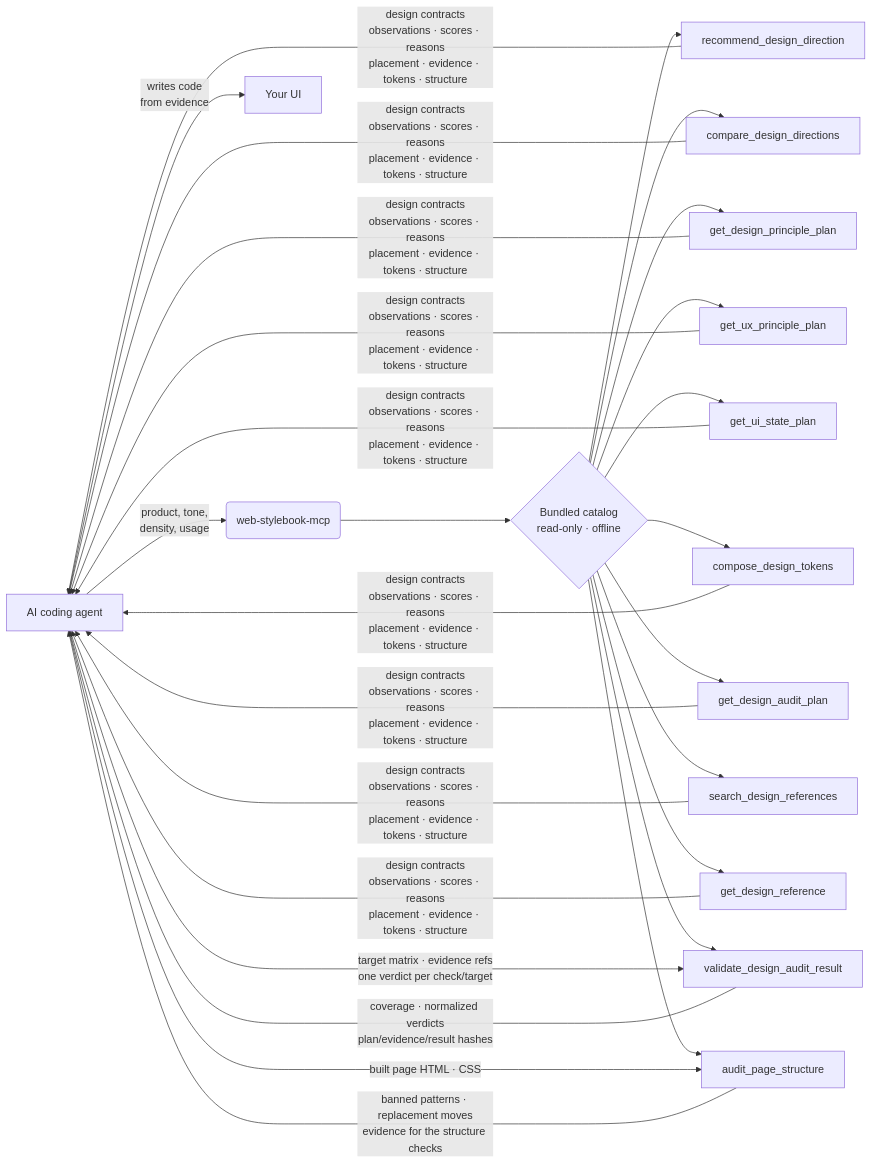
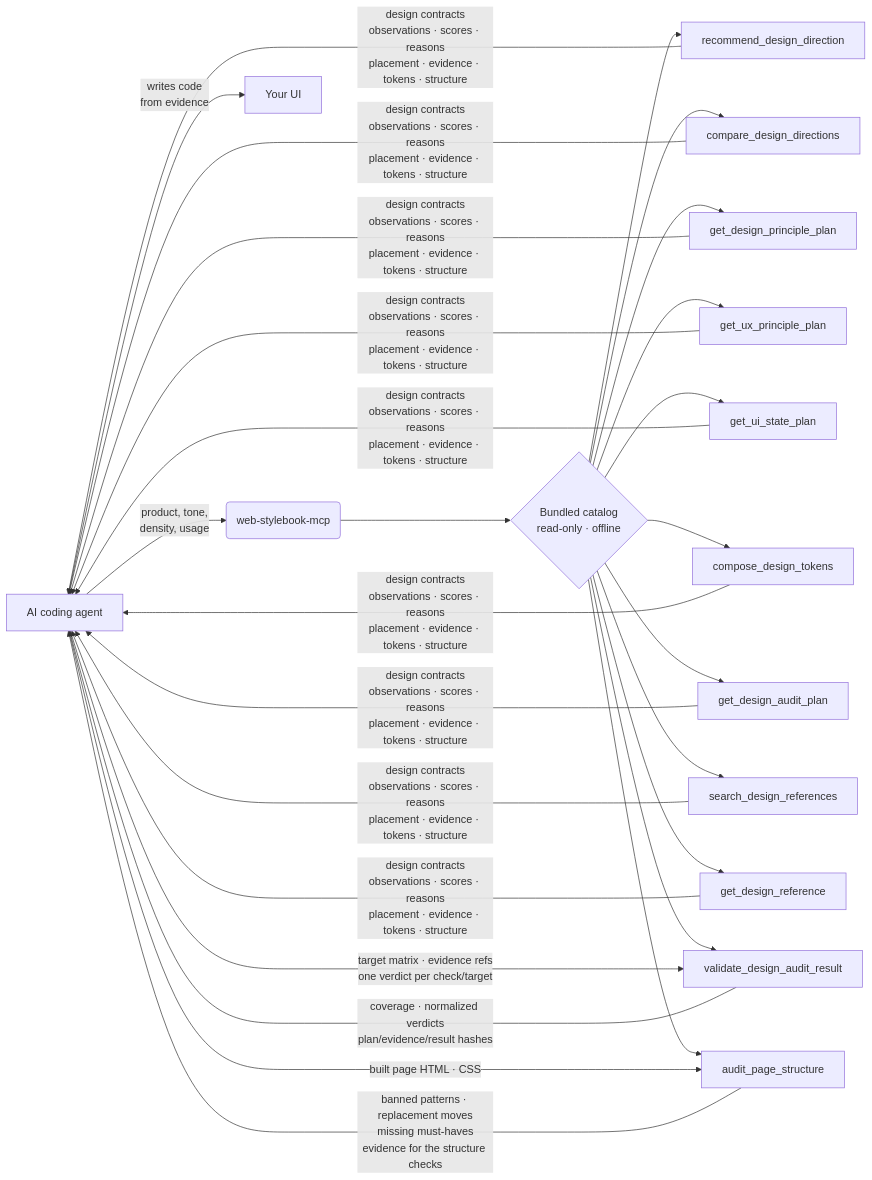
Before and after one commit to seungdori/web-stylebook-mcp: the diagram in README.md, drawn with Mermaid. The commit also changed other lines of this file and 42 other files, not shown here.

````diff
--- a/README.md
+++ b/README.md
@@ -163,22 +224,22 @@
 ```mermaid
 flowchart LR
     A[AI coding agent] -->|product, tone,<br/>density, usage| B(web-stylebook-mcp)
     B --> C{Bundled catalog<br/>read-only · offline}
     C --> D[recommend_design_direction]
     C --> E[compare_design_directions]
     C --> F[get_design_principle_plan]
     C --> G[get_ux_principle_plan]
     C --> H[get_ui_state_plan]
     C --> I[compose_design_tokens]
     C --> J[get_design_audit_plan]
     C --> K[search_design_references]
     C --> L[get_design_reference]
     C --> M[validate_design_audit_result]
     C --> N[audit_page_structure]
     D & E & F & G & H & I & J & K & L -->|design contracts<br/>observations · scores · reasons<br/>placement · evidence · tokens · structure| A
     A -->|built page HTML · CSS| N
-    N -->|banned patterns · replacement moves<br/>evidence for the structure checks| A
+    N -->|banned patterns · replacement moves<br/>missing must-haves<br/>evidence for the structure checks| A
     A -->|target matrix · evidence refs<br/>one verdict per check/target| M
     M -->|coverage · normalized verdicts<br/>plan/evidence/result hashes| A
     A -->|writes code<br/>from evidence| Z[Your UI]
 ```
````
